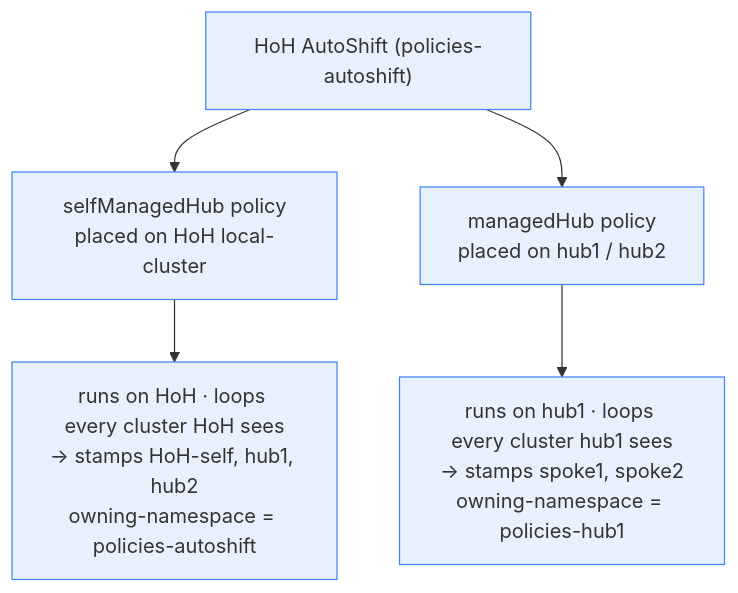
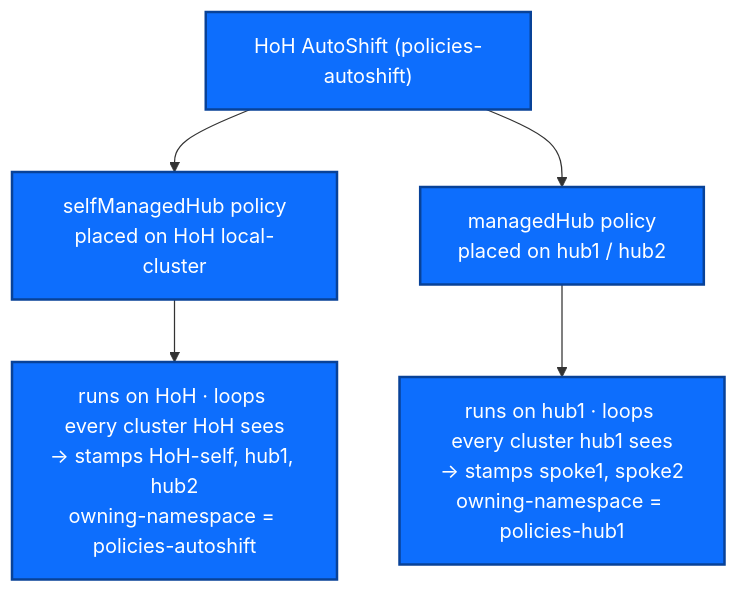
Before and after one commit to auto-shift/autoshiftv2: the second of 4 diagrams in docs/hub-of-hubs.md, drawn with Mermaid. The commit also changed other lines of this file and 41 other files, not shown here.

````diff
--- a/docs/hub-of-hubs.md
+++ b/docs/hub-of-hubs.md
@@ -127,12 +127,12 @@
 ```mermaid
 graph TD
     HoHAS["HoH AutoShift (policies-autoshift)"]
     HoHAS --> SMH["selfManagedHub policy<br/>placed on HoH local-cluster"]
     HoHAS --> MH["managedHub policy<br/>placed on hub1 / hub2"]
 
     SMH --> SMHrun["runs on HoH · loops every cluster HoH sees<br/>→ stamps HoH-self, hub1, hub2<br/>owning-namespace = policies-autoshift"]
     MH --> MHrun["runs on hub1 · loops every cluster hub1 sees<br/>→ stamps spoke1, spoke2<br/>owning-namespace = policies-hub1"]
 
-    classDef box fill:#e8f0fe,stroke:#4285f4;
+    classDef box fill:#0d6efd,stroke:#084298,stroke-width:2px,color:#ffffff;
     class HoHAS,SMH,MH,SMHrun,MHrun box;
 ```
````
